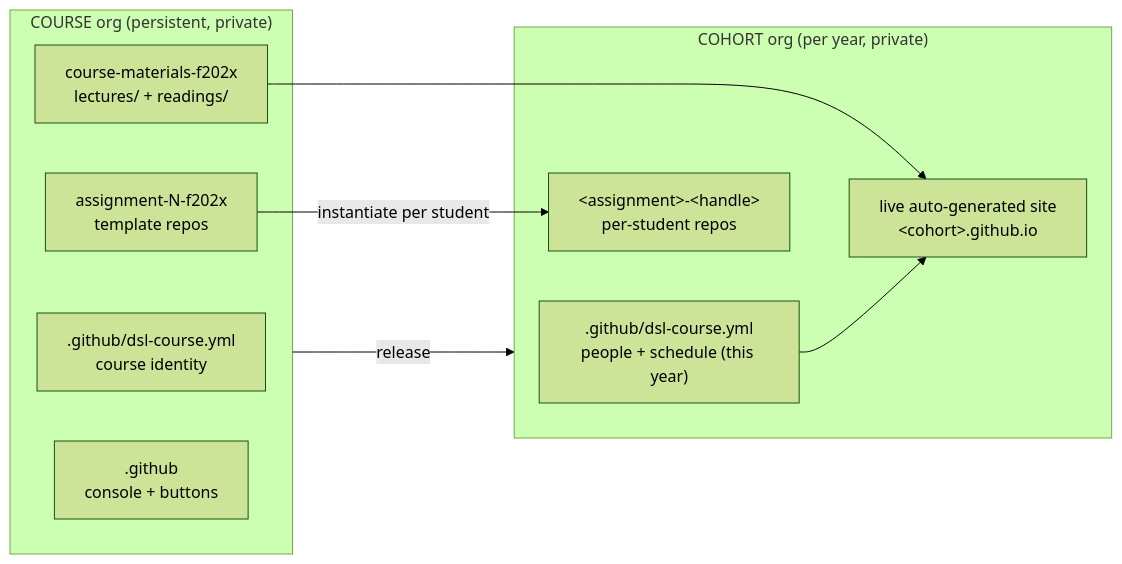
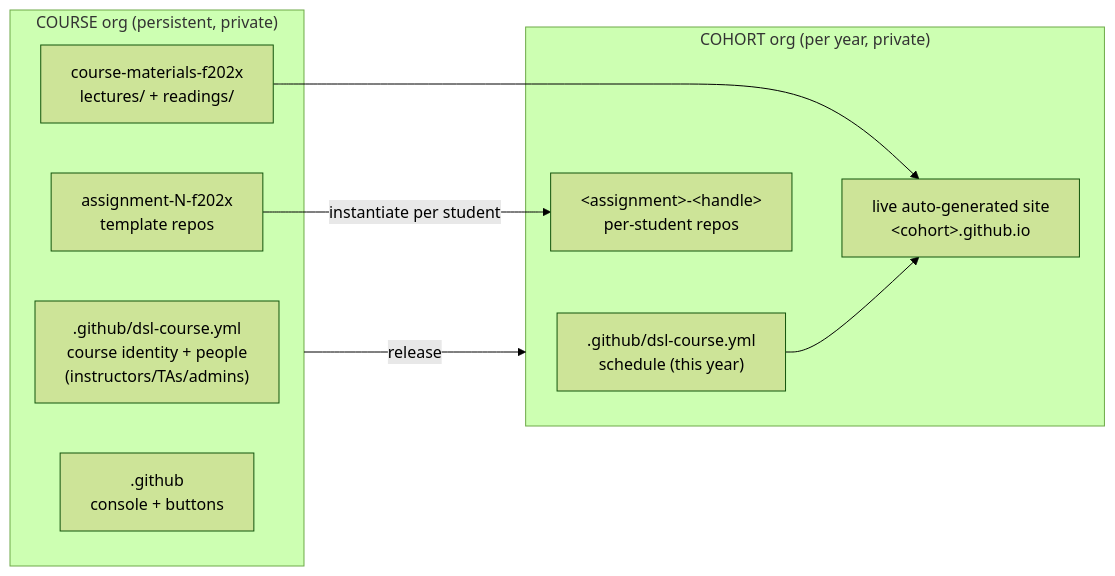
Before and after one commit to hertie-data-science-lab/dsl-teaching-course-setup: the diagram in docs/faculty/required-input-schema.md, drawn with Mermaid (forest theme). The commit also changed other lines of this file and 48 other files, not shown here.

````diff
--- a/docs/faculty/required-input-schema.md
+++ b/docs/faculty/required-input-schema.md
@@ -38,20 +38,20 @@
 ```mermaid
 flowchart LR
   subgraph COURSE["COURSE org (persistent, private)"]
-    cfg[".github/dsl-course.yml<br/>course identity"]
+    cfg[".github/dsl-course.yml<br/>course identity + people<br/>(instructors/TAs/admins)"]
     mat["course-materials-f202x<br/>lectures/ + readings/"]
     tmpl["assignment-N-f202x<br/>template repos"]
     console[".github<br/>console + buttons"]
   end
 
   subgraph COHORT["COHORT org (per year, private)"]
-    ccfg[".github/dsl-course.yml<br/>people + schedule (this year)"]
+    ccfg[".github/dsl-course.yml<br/>schedule (this year)"]
     repos["&lt;assignment&gt;-&lt;handle&gt;<br/>per-student repos"]
     site["live auto-generated site<br/>&lt;cohort&gt;.github.io"]
   end
 
   COURSE -->|release| COHORT
   tmpl -->|instantiate per student| repos
   mat --> site
   ccfg --> site
 ```
````
